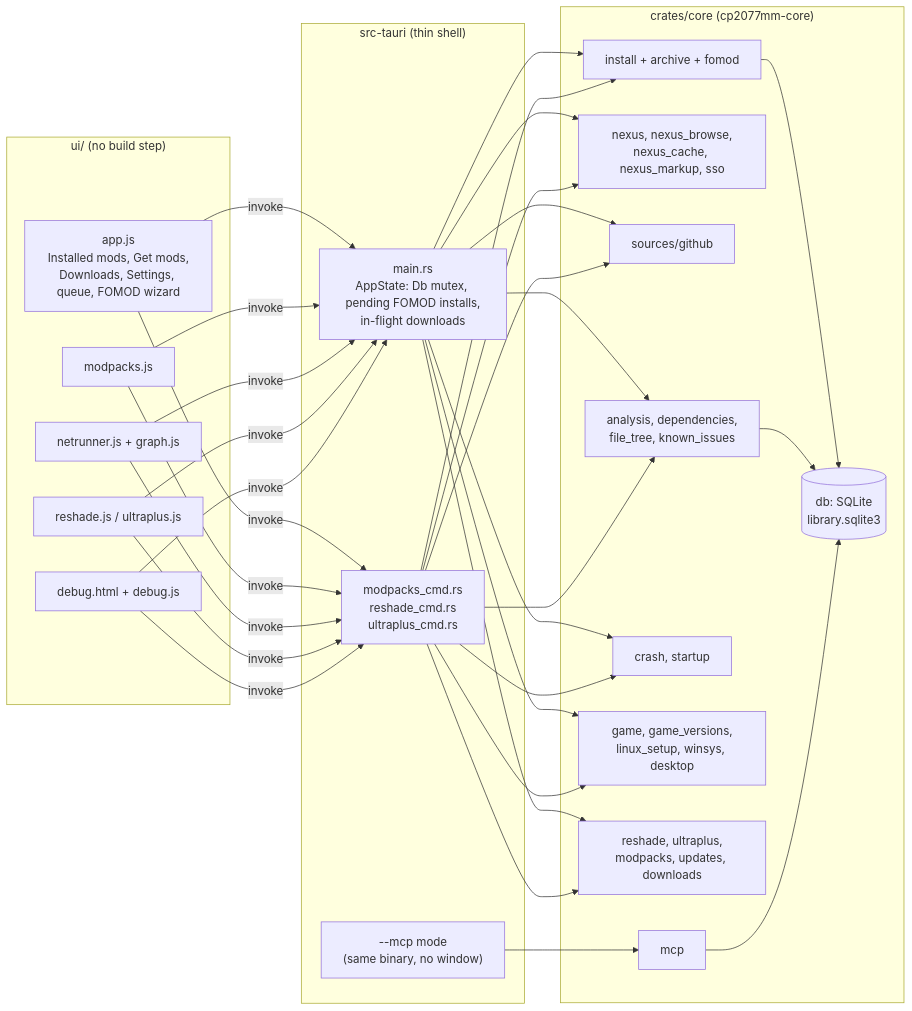
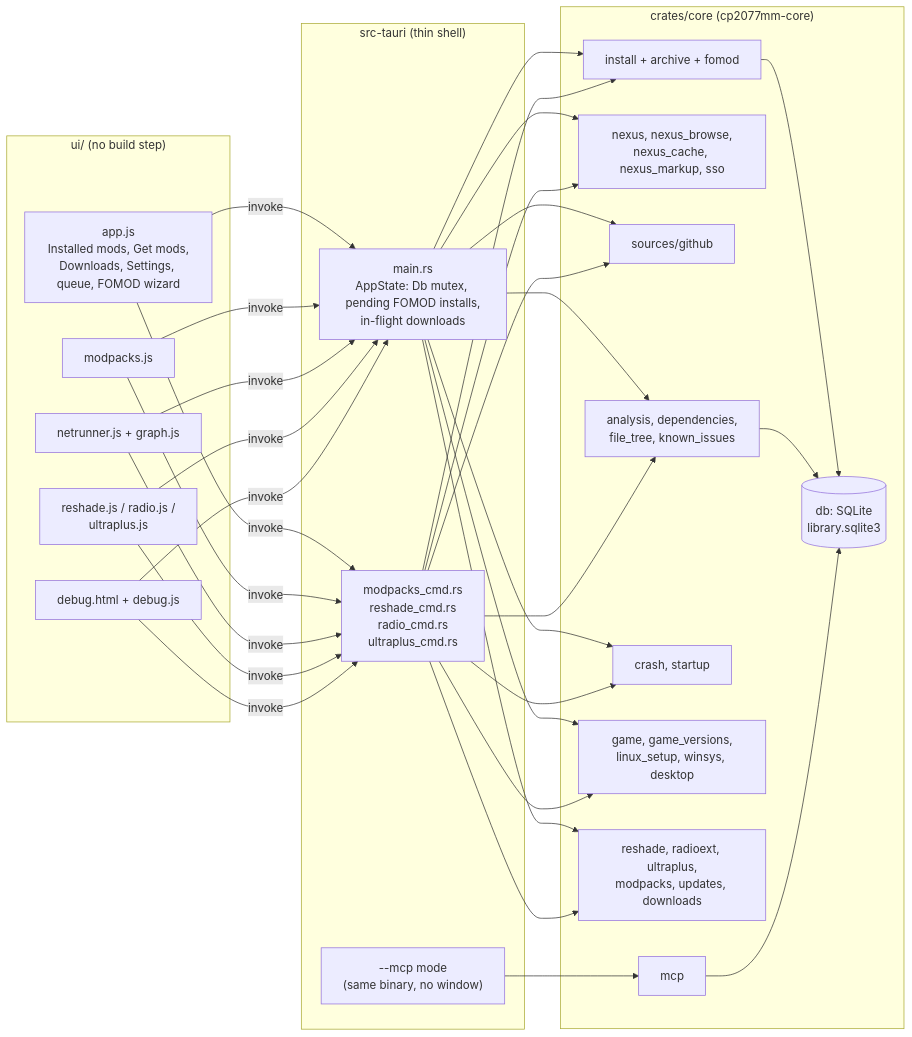
One commit to Higher-dimentionalSemanticsFanatic/LinuxCPMX2077 changed the first of 2 diagrams in docs/architecture/App structure.md. Above: the diagram before and after it, drawn with Mermaid. The commit also changed other lines of this file and 17 other files, not shown here.

````diff
--- a/docs/architecture/App structure.md
+++ b/docs/architecture/App structure.md
@@ -12,31 +12,31 @@
 ```mermaid
 flowchart LR
   subgraph UI["ui/ (no build step)"]
     app[app.js<br/>Installed mods, Get mods,<br/>Downloads, Settings, queue, FOMOD wizard]
     mp[modpacks.js]
     nr[netrunner.js + graph.js]
-    rs[reshade.js / ultraplus.js]
+    rs[reshade.js / radio.js /<br/>ultraplus.js]
     dbg[debug.html + debug.js]
   end
   subgraph Shell["src-tauri (thin shell)"]
     main[main.rs<br/>AppState: Db mutex, pending FOMOD installs,<br/>in-flight downloads]
-    cmds[modpacks_cmd.rs<br/>reshade_cmd.rs<br/>ultraplus_cmd.rs]
+    cmds[modpacks_cmd.rs<br/>reshade_cmd.rs<br/>radio_cmd.rs<br/>ultraplus_cmd.rs]
     mcpbin["--mcp mode<br/>(same binary, no window)"]
   end
   subgraph Core["crates/core (cp2077mm-core)"]
     install[install + archive + fomod]
     db[(db: SQLite<br/>library.sqlite3)]
     nexus[nexus, nexus_browse,<br/>nexus_cache, nexus_markup, sso]
     sources[sources/github]
     analysis[analysis, dependencies,<br/>file_tree, known_issues]
     diag[crash, startup]
     setup[game, game_versions,<br/>linux_setup, winsys, desktop]
-    extra[reshade, ultraplus,<br/>modpacks, updates, downloads]
+    extra[reshade, radioext, ultraplus,<br/>modpacks, updates, downloads]
     mcp[mcp]
   end
   app & mp & nr & rs & dbg -- invoke --> main & cmds
   main & cmds --> install & nexus & sources & analysis & diag & setup & extra
   install --> db
   analysis --> db
   mcpbin --> mcp --> db
 ```
````
